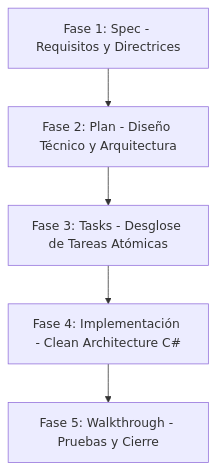
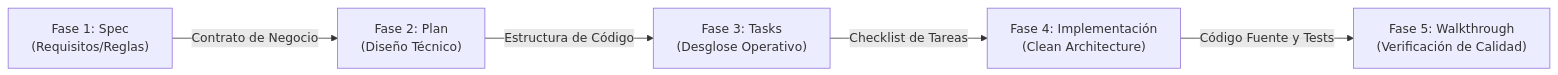
The diagram in SDD.md (Issirc20/SIGERI.Web), drawn with Mermaid before and after one commit. The commit also changed other lines of this file and 1 other file, not shown here.

Commit message:
docs: enrich SDD.md and PROJECT_STATUS.md with detailed SDLC, SSD, unit/integration testing diagrams and descriptions

````diff
--- a/SDD.md
+++ b/SDD.md
@@ -11,7 +14,7 @@
 ```mermaid
-graph TD
-    A[Fase 1: Spec - Requisitos y Directrices] --> B[Fase 2: Plan - Diseño Técnico y Arquitectura]
-    B --> C[Fase 3: Tasks - Desglose de Tareas Atómicas]
-    C --> D[Fase 4: Implementación - Clean Architecture C#]
-    D --> E[Fase 5: Walkthrough - Pruebas y Cierre]
+flowchart LR
+    A["Fase 1: Spec<br>(Requisitos/Reglas)"] -->|Contrato de Negocio| B["Fase 2: Plan<br>(Diseño Técnico)"]
+    B -->|Estructura de Código| C["Fase 3: Tasks<br>(Desglose Operativo)"]
+    C -->|Checklist de Tareas| D["Fase 4: Implementación<br>(Clean Architecture)"]
+    D -->|Código Fuente y Tests| E["Fase 5: Walkthrough<br>(Verificación de Calidad)"]
 ```
````
